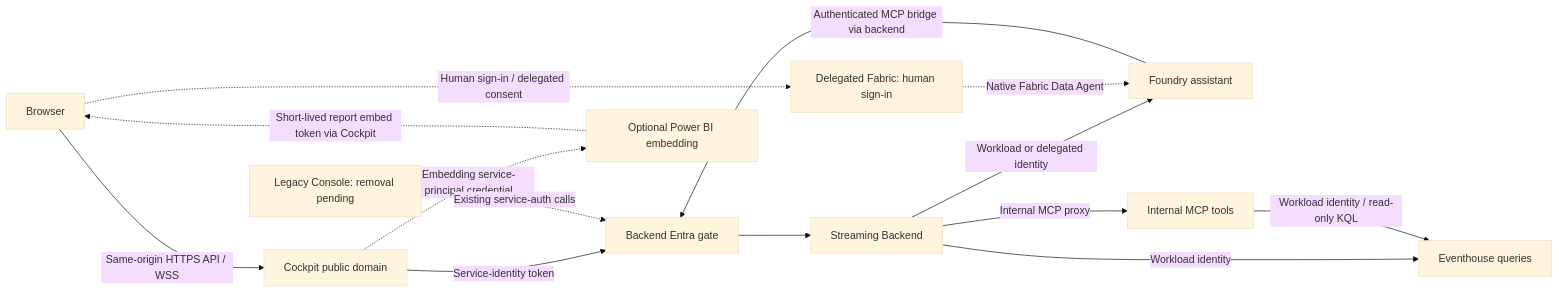
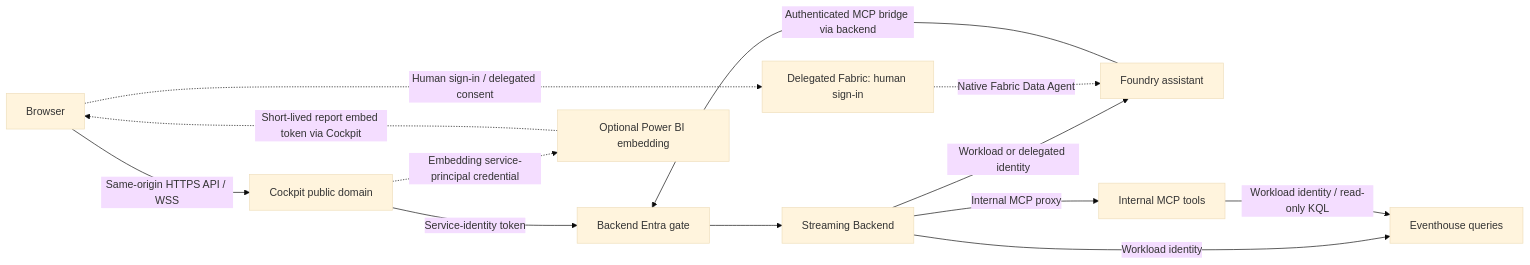
One commit to ribumann/fabrictritwin changed the first of 4 diagrams in docs/release-architecture.md. Above: the diagram before and after it, drawn with Mermaid (base theme). The commit also changed other lines of this file and 59 other files, not shown here.

First line of the commit message:
Retire legacy Console application

````diff
--- a/docs/release-architecture.md
+++ b/docs/release-architecture.md
@@ -18,27 +15,25 @@
 ```mermaid
 flowchart LR
     Visitor["Browser"]
     Cockpit["Cockpit public domain"]
     Auth["Backend Entra gate"]
     Backend["Streaming Backend"]
     Foundry["Foundry assistant"]
     MCP["Internal MCP tools"]
     Query["Eventhouse queries"]
     Optional["Delegated Fabric: human sign-in"]
     PowerBI["Optional Power BI embedding"]
-    Legacy["Legacy Console: removal pending"]
 
     Visitor -->|"Same-origin HTTPS API / WSS"| Cockpit
     Cockpit -->|"Service-identity token"| Auth
     Auth --> Backend
     Backend -->|"Workload identity"| Query
     Backend -->|"Workload or delegated identity"| Foundry
     Foundry -->|"Authenticated MCP bridge via backend"| Auth
     Backend -->|"Internal MCP proxy"| MCP
     MCP -->|"Workload identity / read-only KQL"| Query
     Visitor -.->|"Human sign-in / delegated consent"| Optional
     Optional -.->|"Native Fabric Data Agent"| Foundry
     Cockpit -.->|"Embedding service-principal credential"| PowerBI
     PowerBI -.->|"Short-lived report embed token via Cockpit"| Visitor
-    Legacy -.->|"Existing service-auth calls"| Auth
 ```
````
